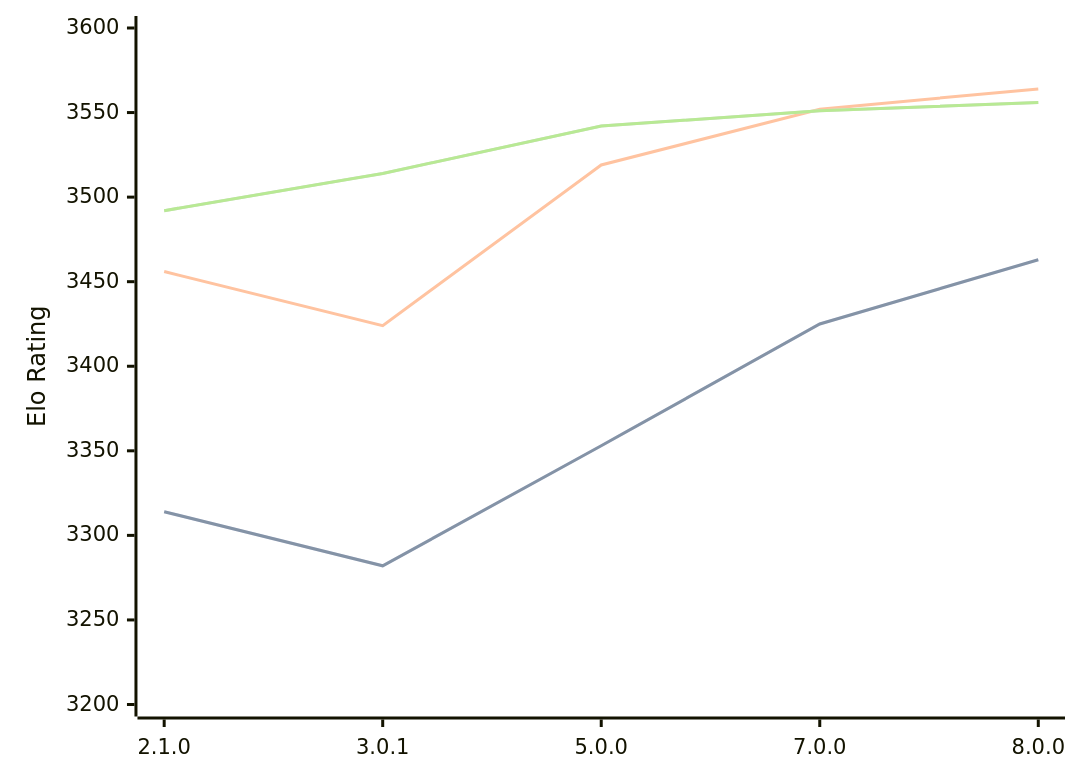
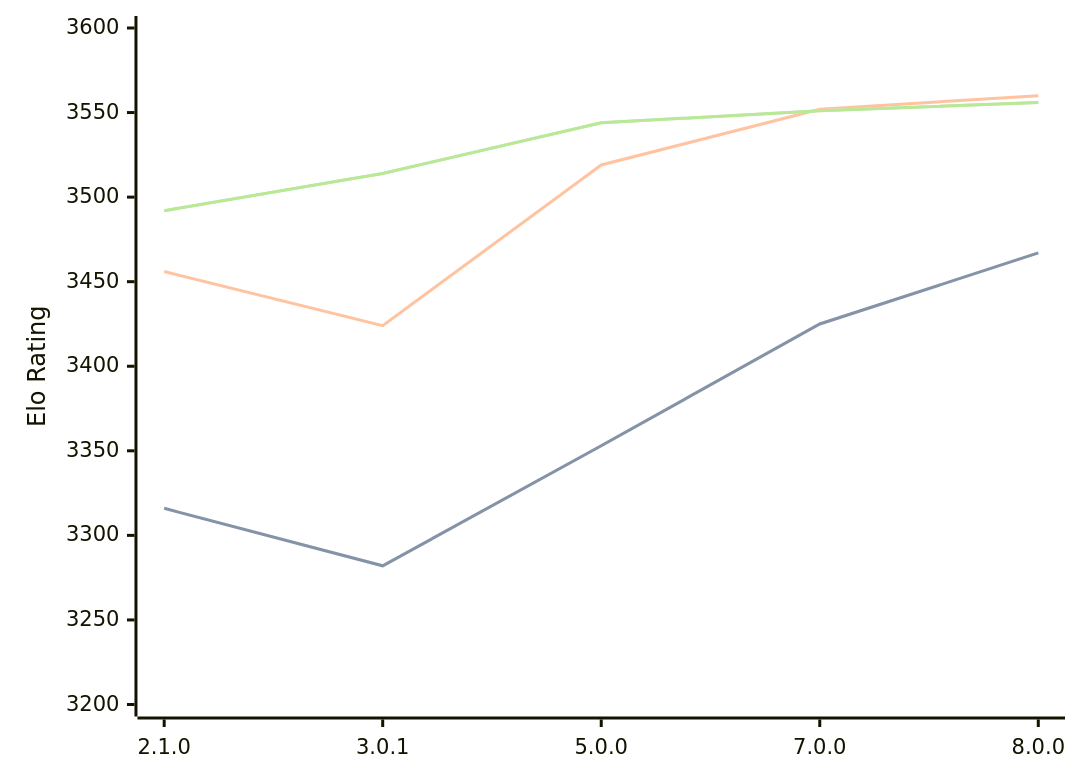
The third of 3 diagrams in engines/PlentyChess.md (computer-chess-index/cci), drawn with Mermaid before and after one commit. The commit also changed other lines of this file, not shown here.

Commit message:
Update CCI Ratings (ELO VLTC) - 2026-07-08

````diff
--- a/engines/PlentyChess.md
+++ b/engines/PlentyChess.md
@@ -79,11 +79,11 @@
 ```mermaid
 %%{init: {"theme":"base","themeVariables":{"seriesColors:['#a3a3a3','#222221','#faa371']}}}%%
 xychart-beta
   x-axis ["2.1.0", "3.0.1", "5.0.0", "7.0.0", "8.0.0"]
   y-axis "Elo Rating" 3200 --> 3600
-  line "STC (8.0+0.08s)" [3314, 3282, 3353, 3425, 3463]
-  line "STC (8.0+0.08s)" [3314, 3282, 3353, 3425, 3463]
-  line "LTC (60.0+0.60s)" [3456, 3424, 3519, 3552, 3564]
-  line "VLTC (2m24s+1.12s)" [3492, 3514, 3542, 3551, 3556]
-  line "VLTC (2m24s+1.12s)" [3492, 3514, 3542, 3551, 3556]
+  line "STC (8.0+0.08s)" [3316, 3282, 3353, 3425, 3467]
+  line "STC (8.0+0.08s)" [3316, 3282, 3353, 3425, 3467]
+  line "LTC (60.0+0.60s)" [3456, 3424, 3519, 3552, 3560]
+  line "VLTC (2m24s+1.12s)" [3492, 3514, 3544, 3551, 3556]
+  line "VLTC (2m24s+1.12s)" [3492, 3514, 3544, 3551, 3556]
 ```
````
